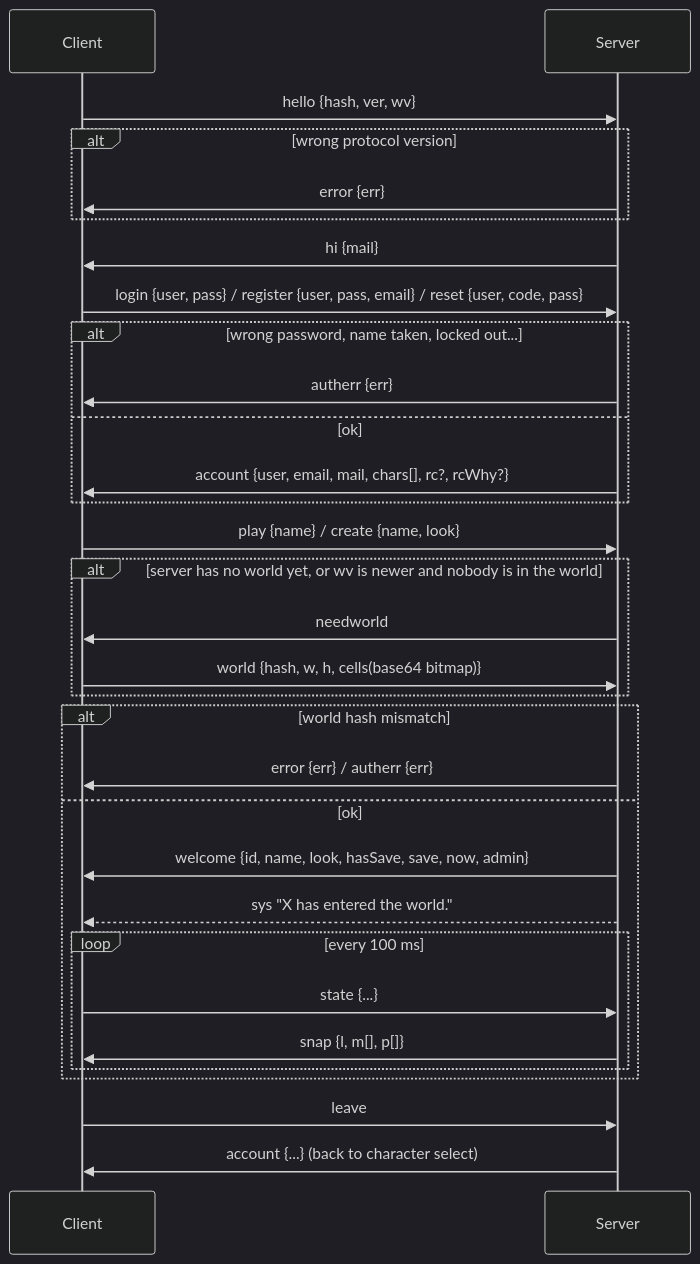
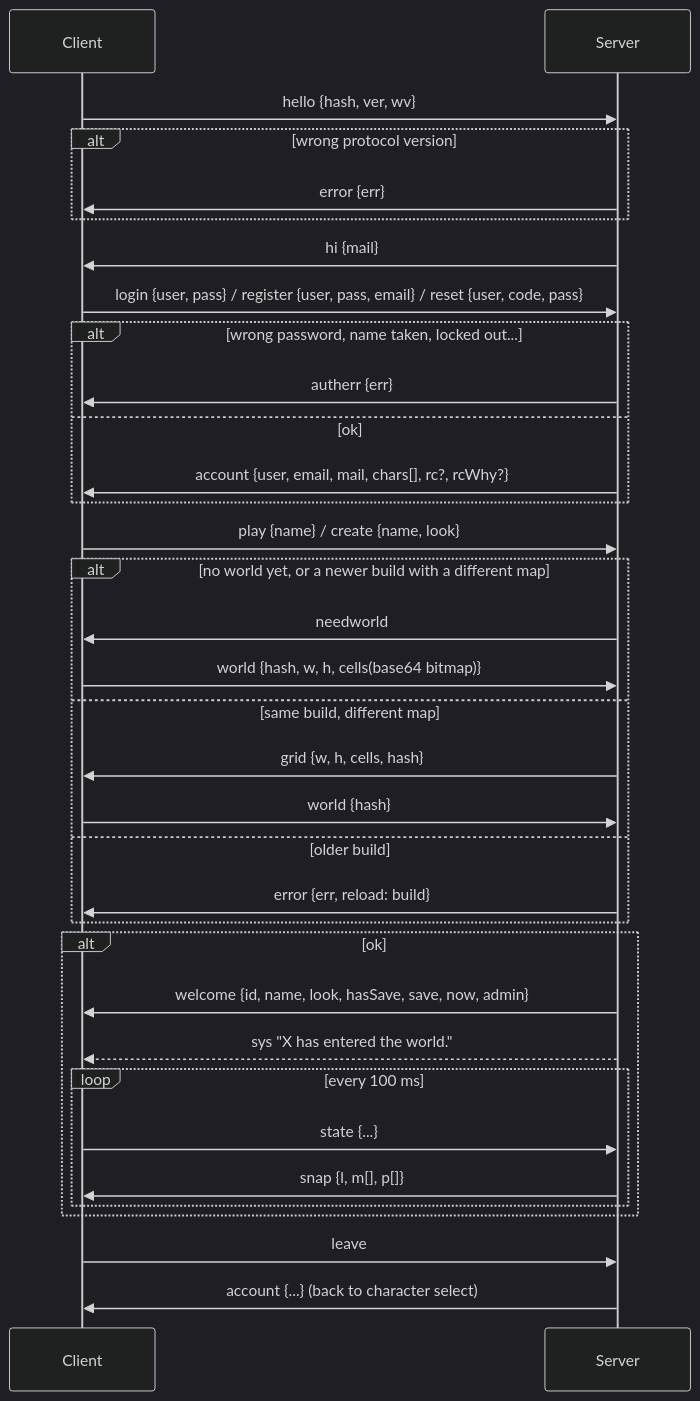
The diagram in Shadowfall/docs/architecture/protocol.md (Ole-JH/ai-water-meter), drawn with Mermaid (dark theme) before and after one commit. The commit also changed other lines of this file and 17 other files, not shown here.

First line of the commit message:
Let the game build decide the world map instead of a hand-bumped version

````diff
--- a/Shadowfall/docs/architecture/protocol.md
+++ b/Shadowfall/docs/architecture/protocol.md
@@ -12,33 +12,36 @@
 ```mermaid
 sequenceDiagram
   participant C as Client
   participant S as Server
   C->>S: hello {hash, ver, wv}
   alt wrong protocol version
     S->>C: error {err}
   end
   S->>C: hi {mail}
   C->>S: login {user, pass} / register {user, pass, email} / reset {user, code, pass}
   alt wrong password, name taken, locked out...
     S->>C: autherr {err}
   else ok
     S->>C: account {user, email, mail, chars[], rc?, rcWhy?}
   end
   C->>S: play {name} / create {name, look}
-  alt server has no world yet, or wv is newer and nobody is in the world
+  alt no world yet, or a newer build with a different map
     S->>C: needworld
     C->>S: world {hash, w, h, cells(base64 bitmap)}
+  else same build, different map
+    S->>C: grid {w, h, cells, hash}
+    C->>S: world {hash}
+  else older build
+    S->>C: error {err, reload: build}
   end
-  alt world hash mismatch
-    S->>C: error {err} / autherr {err}
-  else ok
+  alt ok
     S->>C: welcome {id, name, look, hasSave, save, now, admin}
     S-->>C: sys "X has entered the world."
     loop every 100 ms
       C->>S: state {...}
       S->>C: snap {l, m[], p[]}
     end
   end
   C->>S: leave
   S->>C: account {...} (back to character select)
 ```
````
